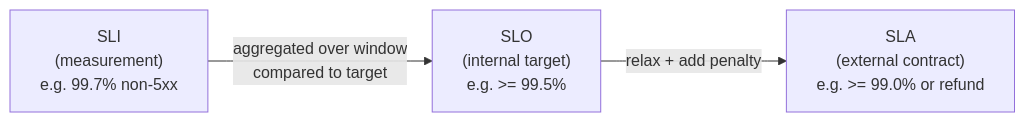
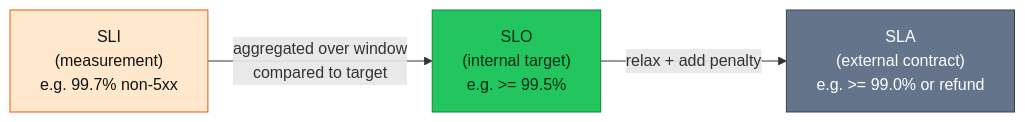
The first of 2 diagrams in docs/observability/slo/fundamentals.md (duynhlab/homelab), drawn with Mermaid before and after one commit. The commit also changed other lines of this file and 33 other files, not shown here.

First line of the commit message:
Refresh observability diagrams (#516)

````diff
--- a/docs/observability/slo/fundamentals.md
+++ b/docs/observability/slo/fundamentals.md
@@ -40,9 +40,16 @@
 ```mermaid
 flowchart LR
     SLI["SLI<br/>(measurement)<br/>e.g. 99.7% non-5xx"]
     SLO["SLO<br/>(internal target)<br/>e.g. >= 99.5%"]
     SLA["SLA<br/>(external contract)<br/>e.g. >= 99.0% or refund"]
 
     SLI -->|aggregated over window<br/>compared to target| SLO
     SLO -->|relax + add penalty| SLA
+
+    classDef metric fill:#ffe8cc,color:#111,stroke:#e8590c;
+    classDef data fill:#22c55e,color:#052e16,stroke:#15803d;
+    classDef external fill:#64748b,color:#fff,stroke:#334155;
+    class SLI metric;
+    class SLO data;
+    class SLA external;
 ```
````
